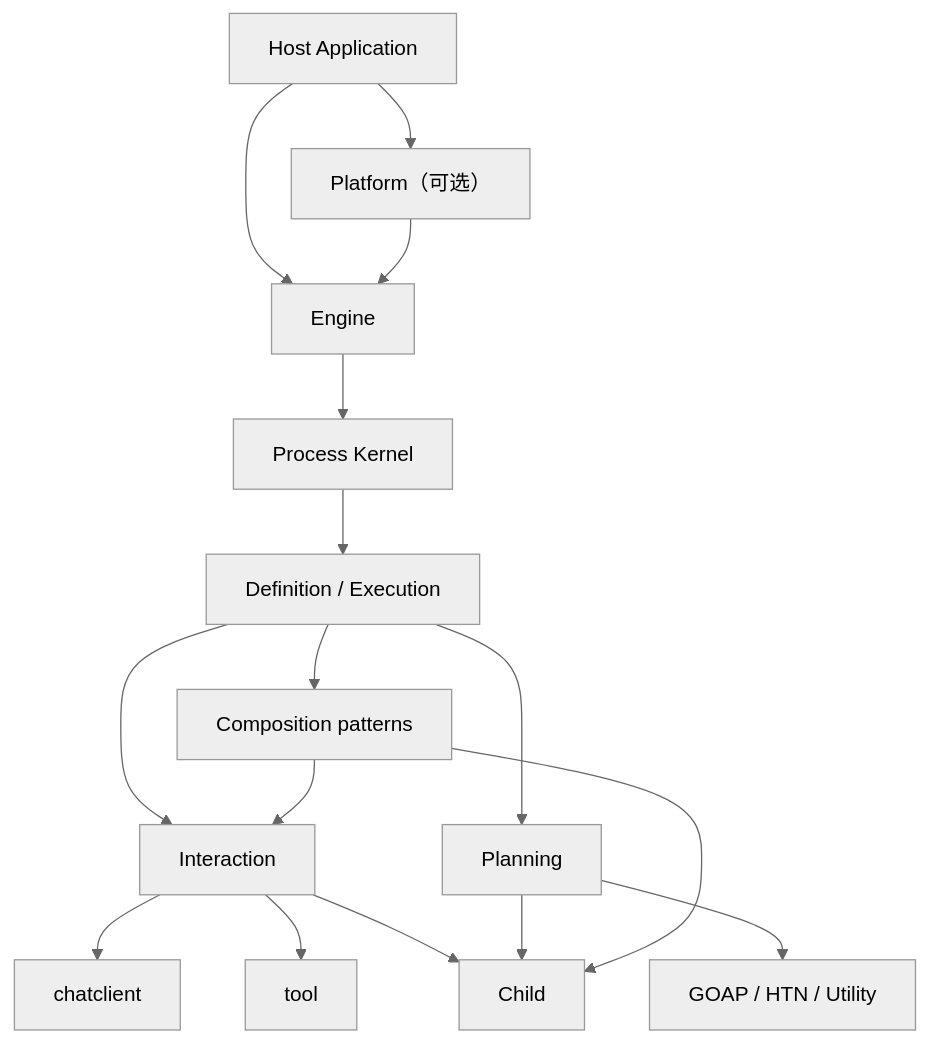
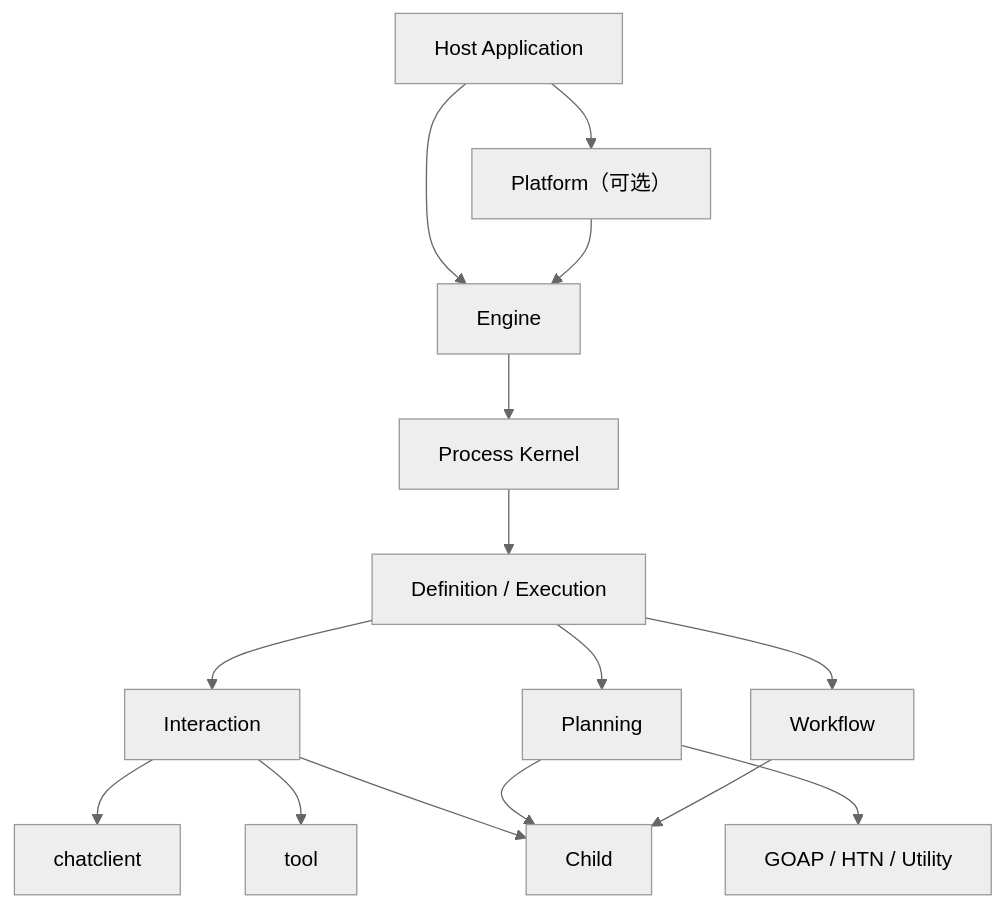
Before and after one commit to Tangerg/lynx: the diagram in agent2/doc/ARCHITECTURE.md, drawn with Mermaid (neutral theme). The commit also changed other lines of this file and 5 other files, not shown here.

````diff
--- a/agent2/doc/ARCHITECTURE.md
+++ b/agent2/doc/ARCHITECTURE.md
@@ -195,18 +195,17 @@
 ```mermaid
 flowchart TD
     Host["Host Application"] --> Platform["Platform（可选）"]
     Host --> Engine["Engine"]
     Platform --> Engine
     Engine --> Kernel["Process Kernel"]
     Kernel --> Definition["Definition / Execution"]
     Definition --> Interaction["Interaction"]
     Definition --> Planning["Planning"]
-    Definition --> Patterns["Composition patterns"]
+    Definition --> Workflow["Workflow"]
     Interaction --> ChatClient["chatclient"]
     Interaction --> Tool["tool"]
     Planning --> Planner["GOAP / HTN / Utility"]
     Interaction --> Child
     Planning --> Child
-    Patterns --> Interaction
-    Patterns --> Child
+    Workflow --> Child
 ```
````
